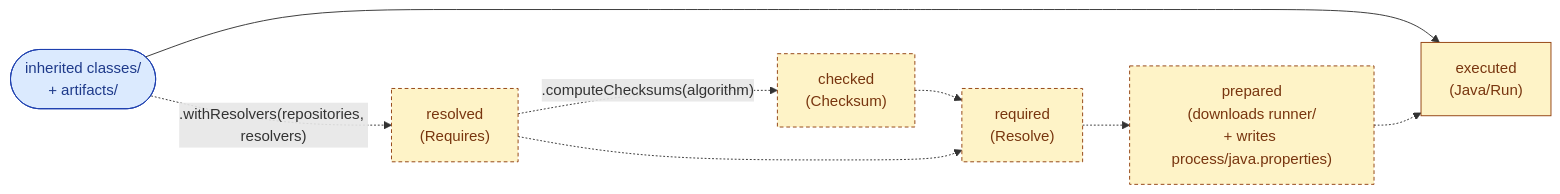
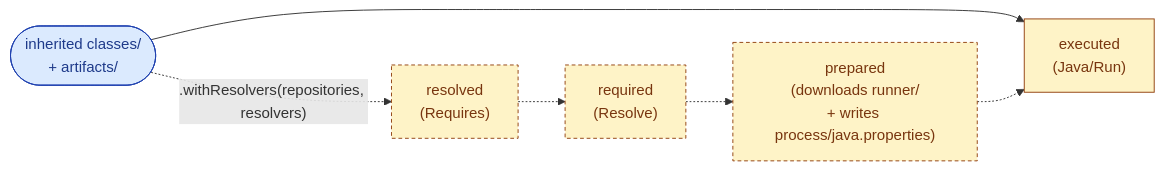
The second of 6 diagrams in README.md (raphw/jenesis), drawn with Mermaid before and after one commit. The commit also changed other lines of this file and 22 other files, not shown here.

````diff
--- a/README.md
+++ b/README.md
@@ -483,19 +479,16 @@
 ```mermaid
 flowchart LR
   classDef input fill:#dbeafe,stroke:#1e40af,color:#1e3a8a;
   classDef step fill:#fef3c7,stroke:#92400e,color:#78350f;
   classDef optional fill:#fef3c7,stroke:#92400e,color:#78350f,stroke-dasharray:4 3;
   arts(["inherited classes/<br/>+ artifacts/"]):::input
   resolved["resolved<br/>(Requires)"]:::optional
-  checked["checked<br/>(Checksum)"]:::optional
   required["required<br/>(Resolve)"]:::optional
   prepared["prepared<br/>(downloads runner/<br/>+ writes process/java.properties)"]:::optional
   executed["executed<br/>(Java/Run)"]:::step
   arts --> executed
   arts -.->|".withResolvers(repositories, resolvers)"| resolved
-  resolved -.->|".computeChecksums(algorithm)"| checked
-  checked -.-> required
   resolved -.-> required
   required -.-> prepared
   prepared -.-> executed
 ```
````
